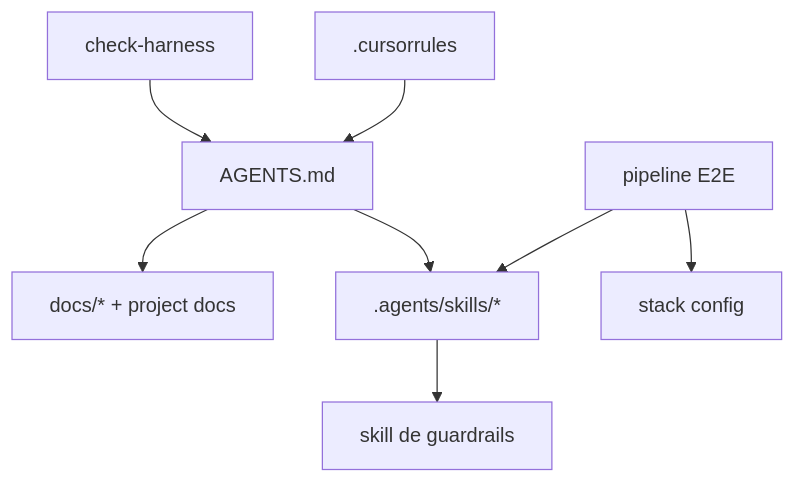
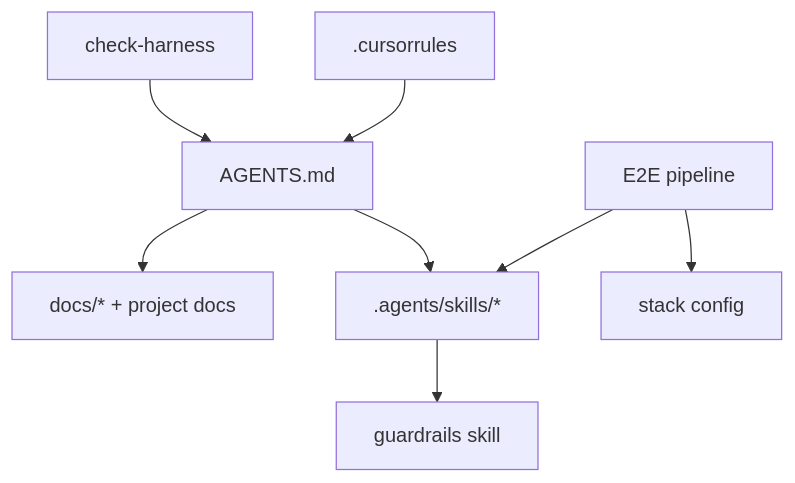
One commit to jpolvora/workflow-skills changed the second of 2 diagrams in .agents/skills/check-harness.md. Above: the diagram before and after it, drawn with Mermaid. The commit also changed other lines of this file and 52 other files, not shown here.

First line of the commit message:
refactor: clean harness — remove stale skills, move init to setup.md, add stack auto-detection

````diff
--- a/.agents/skills/check-harness.md
+++ b/.agents/skills/check-harness.md
@@ -218,10 +220,10 @@
 ```mermaid
 flowchart TD
   CR[.cursorrules] --> AG[AGENTS.md]
   AG --> SKILLS[.agents/skills/*]
   AG --> DOCS[docs/* + project docs]
-  UDW[pipeline E2E] --> STACKWF[stack config]
+  UDW[E2E pipeline] --> STACKWF[stack config]
   UDW --> SKILLS
   CHK[check-harness] --> AG
-  SKILLS --> GRD[skill de guardrails]
+  SKILLS --> GRD[guardrails skill]
 ```
````
